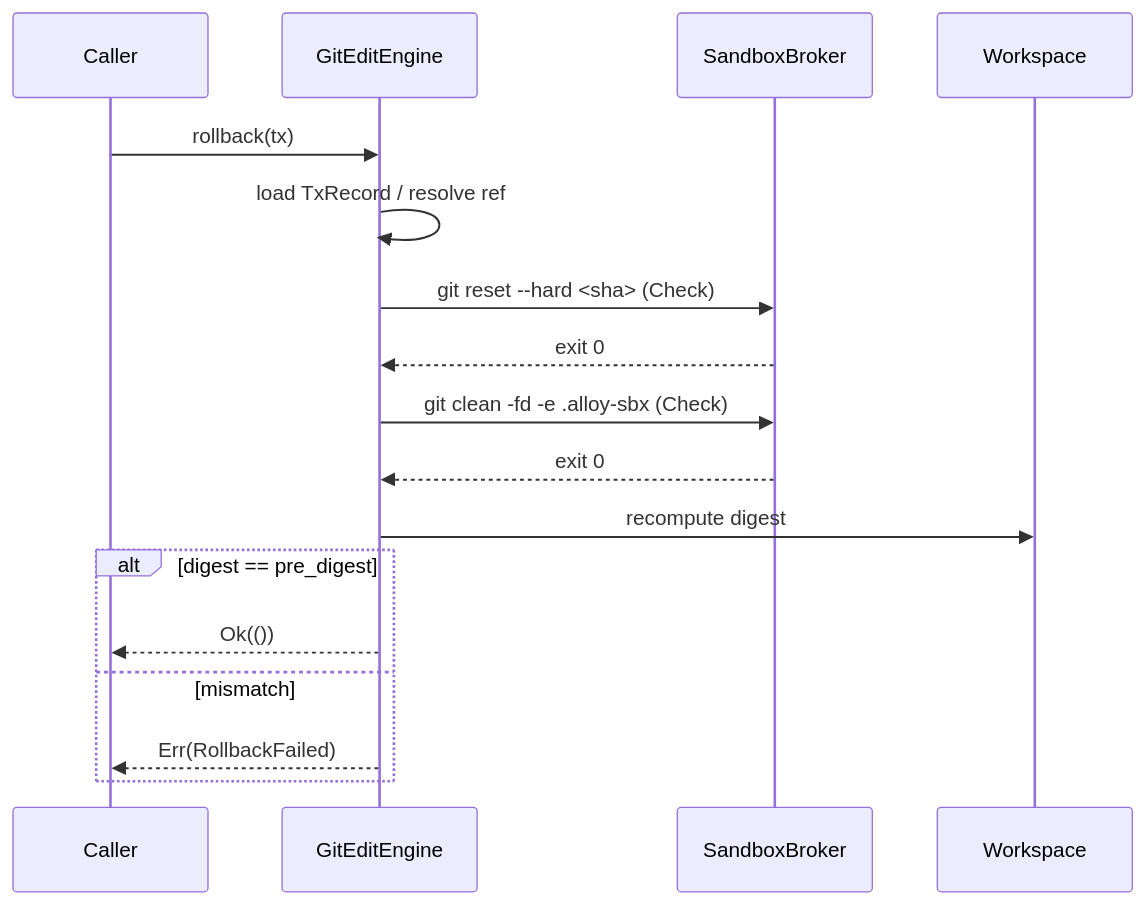
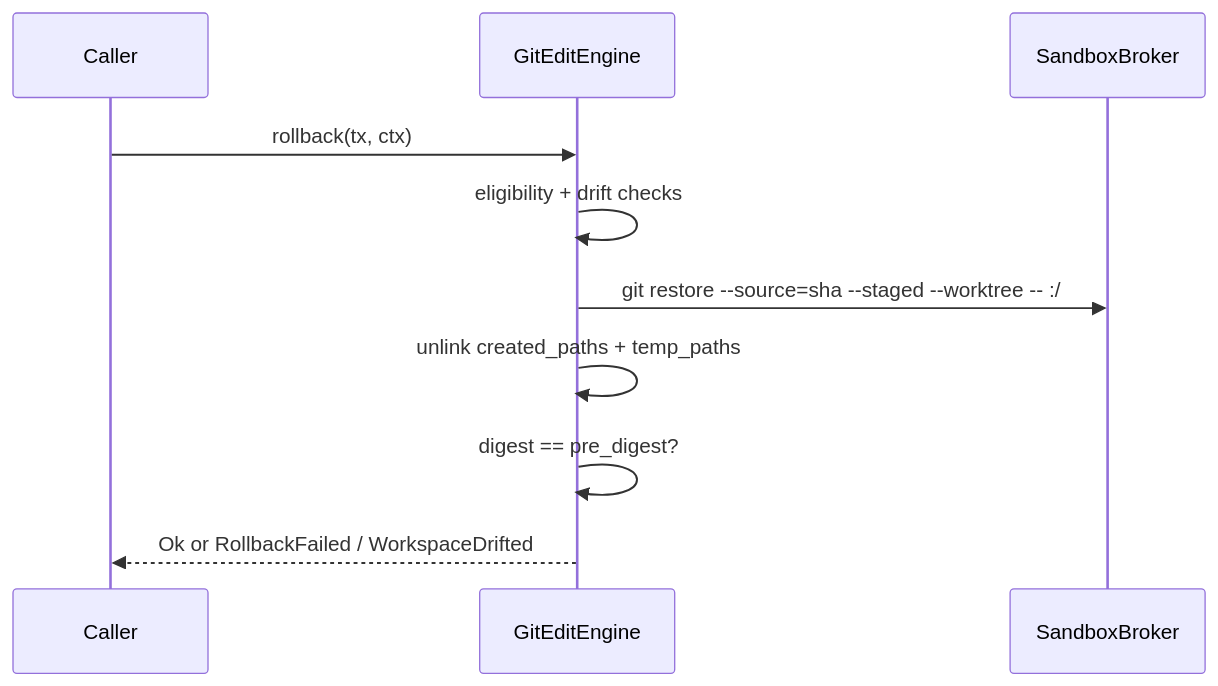
Before and after one commit to arkadianet/Alloy: the third of 3 diagrams in docs/rfcs/RFC-0008-edit-engine.md, drawn with Mermaid. The commit also changed other lines of this file, not shown here.

````diff
--- a/docs/rfcs/RFC-0008-edit-engine.md
+++ b/docs/rfcs/RFC-0008-edit-engine.md
@@ -1331,20 +1731,13 @@
 ```mermaid
 sequenceDiagram
   participant C as Caller
   participant E as GitEditEngine
   participant S as SandboxBroker
-  participant FS as Workspace
 
-  C->>E: rollback(tx)
-  E->>E: load TxRecord / resolve ref
-  E->>S: git reset --hard <sha> (Check)
-  S-->>E: exit 0
-  E->>S: git clean -fd -e .alloy-sbx (Check)
-  S-->>E: exit 0
-  E->>FS: recompute digest
-  alt digest == pre_digest
-    E-->>C: Ok(())
-  else mismatch
-    E-->>C: Err(RollbackFailed)
-  end
+  C->>E: rollback(tx, ctx)
+  E->>E: eligibility + drift checks
+  E->>S: git restore --source=sha --staged --worktree -- :/
+  E->>E: unlink created_paths + temp_paths
+  E->>E: digest == pre_digest?
+  E-->>C: Ok or RollbackFailed / WorkspaceDrifted
 ```
````
